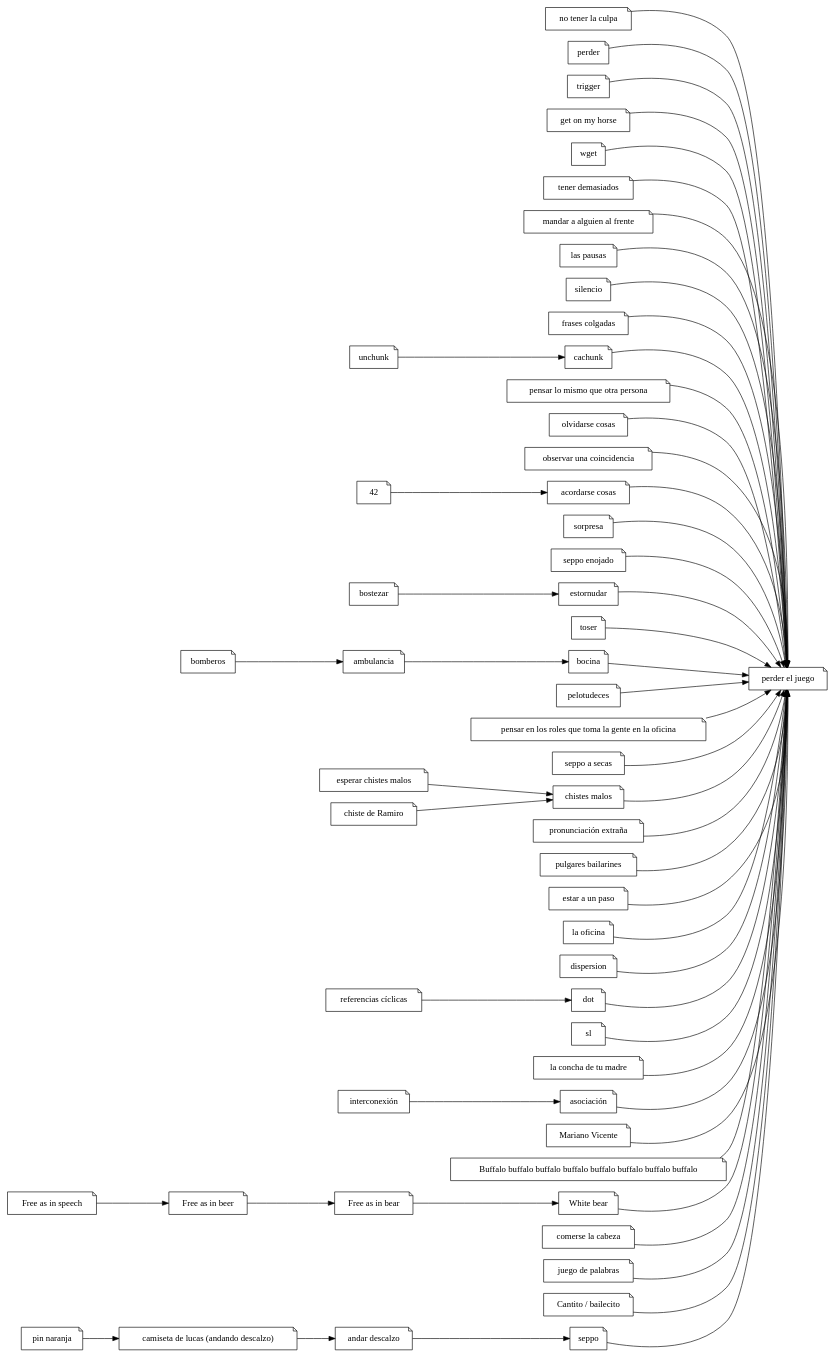
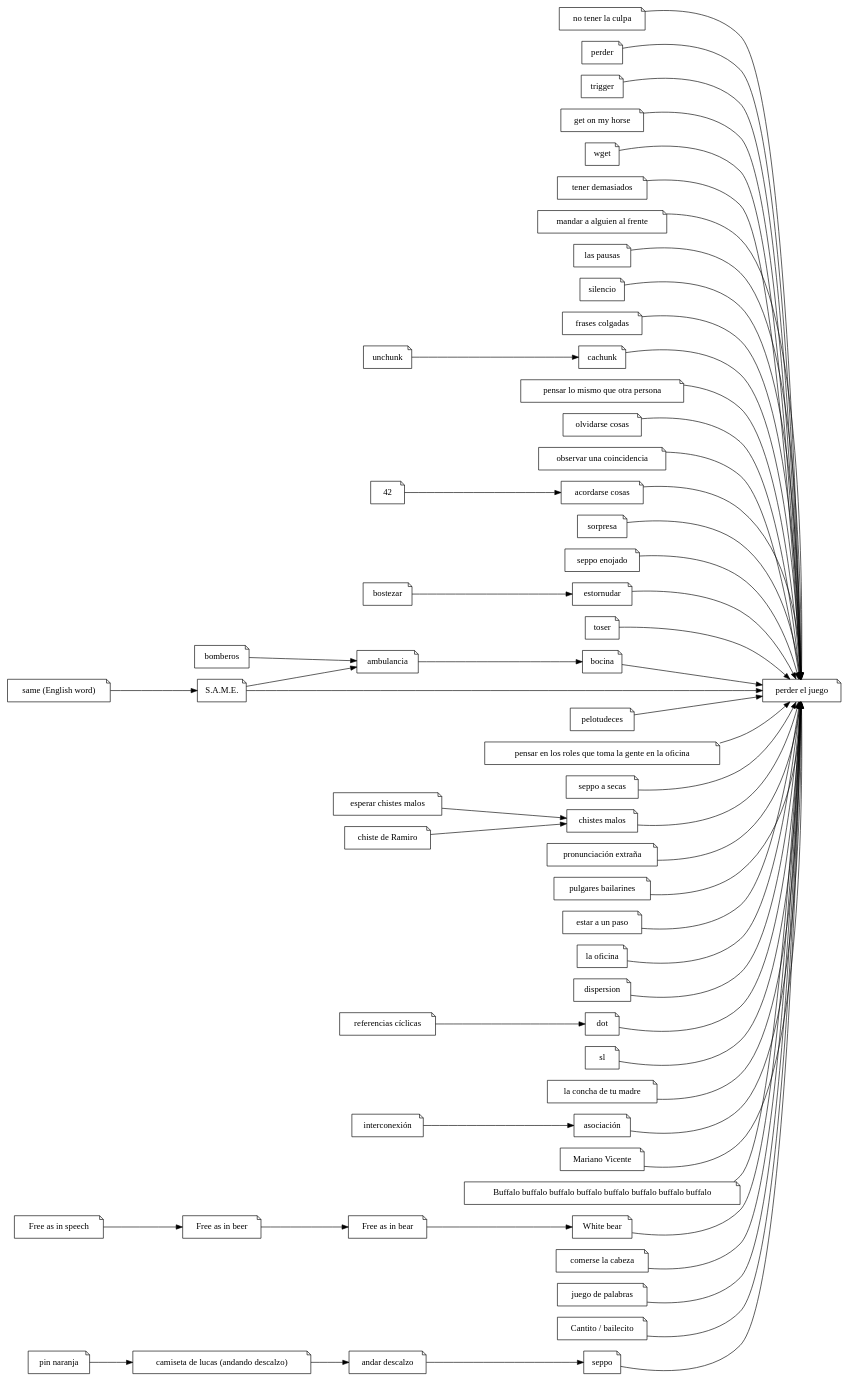
One commit to ramiror/ilostthegame changed the diagram in ilostthegame.dot. Above: the diagram before and after it, drawn with Graphviz. The commit also changed 2 other files, not shown here.

Commit message:
Same. #killTheTree

```diff
--- a/ilostthegame.dot
+++ b/ilostthegame.dot
@@ -1,112 +1,116 @@
 digraph
 {
     rankdir="LR"
     node [shape="note"]
 
     pej [label="perder el juego"]
     "no tener la culpa"
     "perder"
     "trigger"
     "get on my horse"
     "wget"
     "tener demasiados"
     "mandar a alguien al frente"
     "las pausas"
     "silencio"
     "frases colgadas"
     "cachunk"
     "pensar lo mismo que otra persona"
     "olvidarse cosas"
     "observar una coincidencia"
     "acordarse cosas"
     "sorpresa"
     "seppo enojado"
     "estornudar"
     "toser"
     "bocina"
     "pelotudeces"
     roles [label="pensar en los roles que toma la gente en la oficina"]
     "seppo a secas"
     "bostezar"
     "chistes malos"
     pe [label="pronunciación extraña"]
     "pulgares bailarines"
     "estar a un paso"
     "la oficina"
     "dispersion"
     "ambulancia"
     "esperar chistes malos"
     "chiste de Ramiro"
     "unchunk"
     "andar descalzo"
     "pin naranja"
     dot
     sl
     rc [label="referencias cíclicas"]
     camiseta [label="camiseta de lucas (andando descalzo)"]
     lcdtm [label="la concha de tu madre"]
     bomberos
     int [label="interconexión"]
     asoc [label="asociación"]
     mv [label="Mariano Vicente"]
     buffalo [label="Buffalo buffalo buffalo buffalo buffalo buffalo buffalo buffalo"]
     fais [label="Free as in speech"]
     faib [label="Free as in beer"]
     faibe [label="Free as in bear"]
     wb [label="White bear"]
     comecoco [label="comerse la cabeza"]
     palabras [label="juego de palabras"]
     cantito [label="Cantito / bailecito"]
+    same_english [label="same (English word)"]
+    same_acronym [label="S.A.M.E."]
 
     "perder"                           -> pej
     "no tener la culpa"                -> pej
     "trigger"                          -> pej
     "get on my horse"                  -> pej
     "wget"                             -> pej
     "tener demasiados"                 -> pej
     "mandar a alguien al frente"       -> pej
     "las pausas"                       -> pej
     "silencio"                         -> pej
     "frases colgadas"                  -> pej
     "cachunk"                          -> pej
     "pensar lo mismo que otra persona" -> pej
     "olvidarse cosas"                  -> pej
     "observar una coincidencia"        -> pej
     "acordarse cosas"                  -> pej
     "sorpresa"                         -> pej
     "seppo enojado"                    -> pej
     "estornudar"                       -> pej
     "toser"                            -> pej
     "bocina"                           -> pej
     "pelotudeces"                      -> pej
     roles -> pej
     "seppo a secas"                    -> pej
     "chistes malos"                    -> pej
     pe                                 -> pej
     "pulgares bailarines"              -> pej
     "estar a un paso"                  -> pej
     "la oficina"                       -> pej
     "dispersion"                       -> pej
     "seppo"                            -> pej
     lcdtm                              -> pej
     asoc                               -> pej
     mv                                 -> pej
     dot                                -> pej
     sl                                 -> pej
     buffalo                            -> pej
     comecoco                           -> pej
     palabras                           -> pej
 
     bomberos -> "ambulancia" -> "bocina"
     "esperar chistes malos" -> "chistes malos"
     "chiste de Ramiro" -> "chistes malos"
     "unchunk" -> "cachunk"
     "andar descalzo" -> "seppo"
     "pin naranja" -> camiseta -> "andar descalzo"
     int -> asoc
     "bostezar" -> estornudar
     42 -> "acordarse cosas"
     rc -> dot
     fais -> faib -> faibe -> wb        -> pej
     cantito                            -> pej
+    same_english -> same_acronym       -> pej
+    same_acronym -> ambulancia
 }
```
